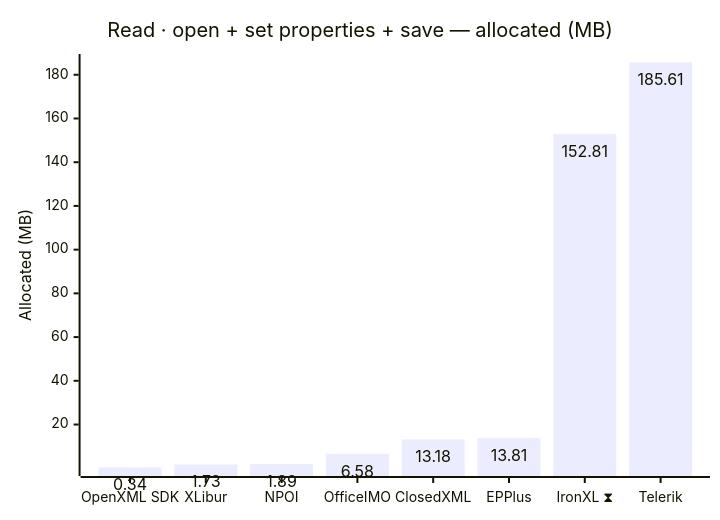
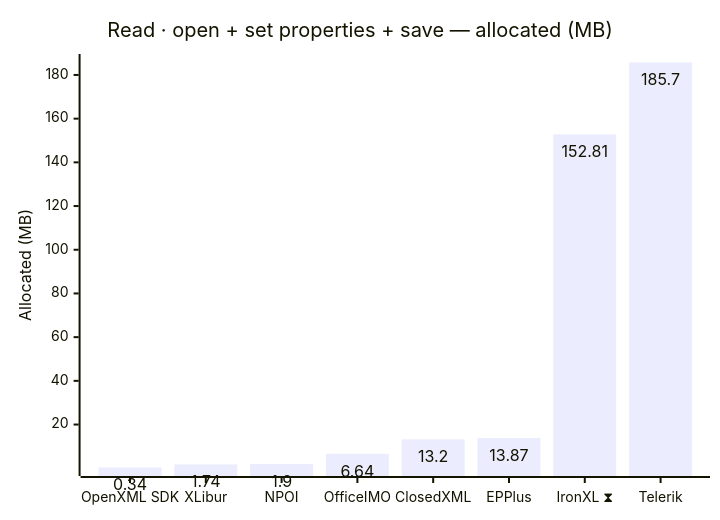
One commit to jafin/XLBench changed the second of 12 diagrams in docs/results.md. Above: the diagram before and after it, drawn with Mermaid. The commit also changed other lines of this file and 4 other files, not shown here.

````diff
--- a/docs/results.md
+++ b/docs/results.md
@@ -55,12 +55,12 @@
 ```mermaid
 ---
 config:
   xyChart:
     showDataLabel: true
 ---
 xychart-beta
     title "Read · open + set properties + save — allocated (MB)"
     x-axis ["OpenXML SDK", "XLibur", "NPOI", "OfficeIMO", "ClosedXML", "EPPlus", "IronXL ⧗", "Telerik"]
     y-axis "Allocated (MB)"
-    bar [0.34, 1.73, 1.89, 6.58, 13.18, 13.81, 152.81, 185.61]
+    bar [0.34, 1.74, 1.9, 6.64, 13.2, 13.87, 152.81, 185.7]
 ```
````
